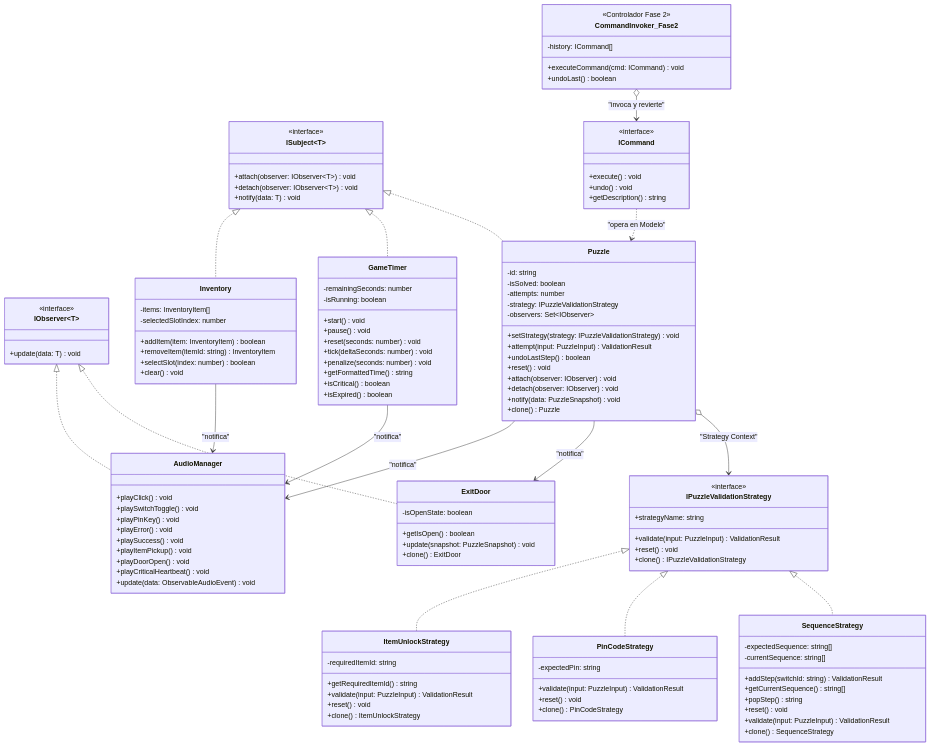
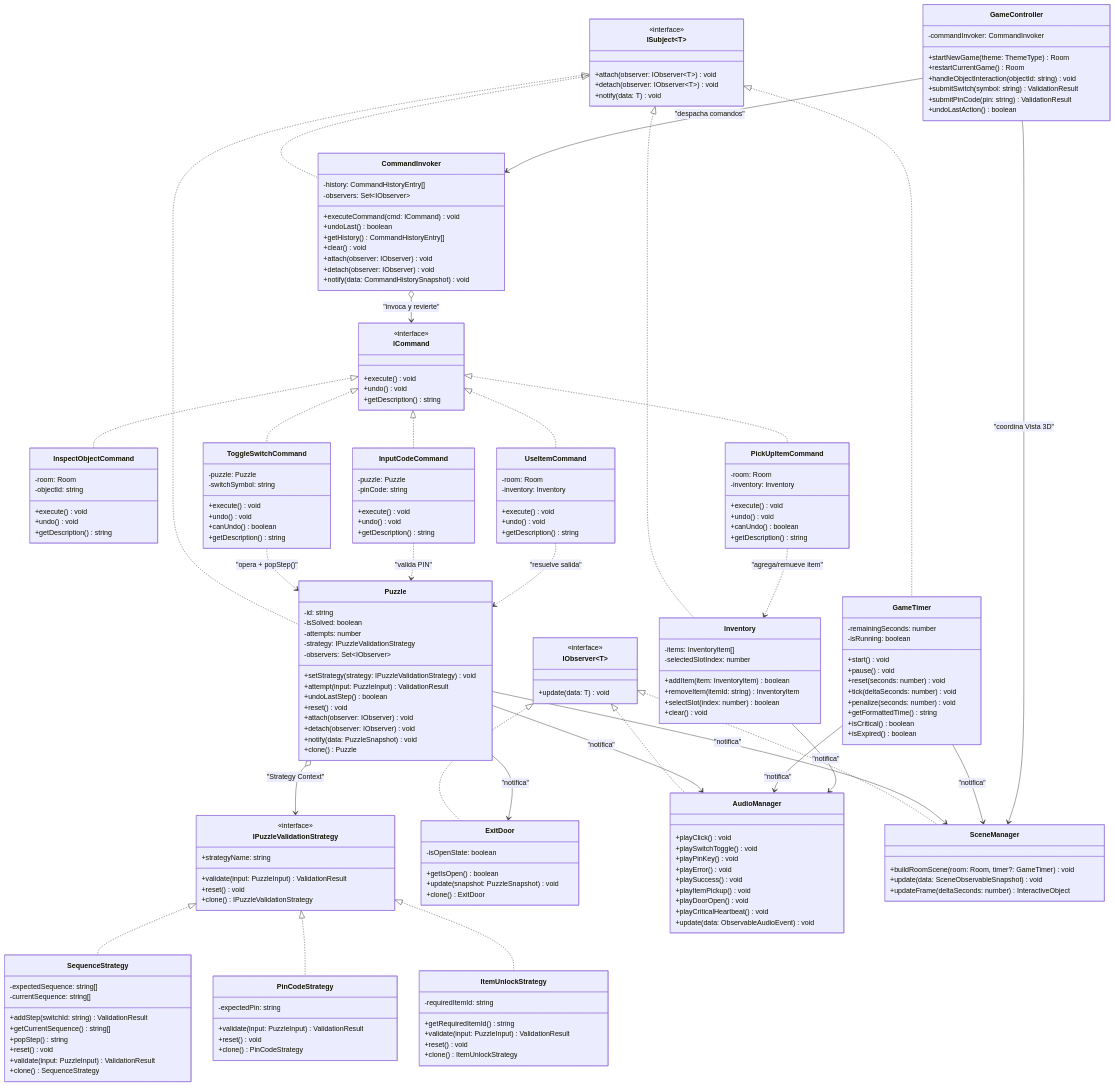
One commit to Pol-Codificador/escapate-3d-to changed the second of 3 diagrams in docs/ARCHITECTURE.md. Above: the diagram before and after it, drawn with Mermaid. The commit also changed other lines of this file and 19 other files, not shown here.

Commit message:
feat: implementar Fase 2 con Patron Command, Controlador MVC y escena 3D FPS en Three.js

````diff
--- a/docs/ARCHITECTURE.md
+++ b/docs/ARCHITECTURE.md
@@ -183,11 +183,74 @@
         +getDescription() string
     }
 
-    class CommandInvoker_Fase2 {
-        <<Controlador Fase 2>>
-        -history: ICommand[]
+    class CommandInvoker {
+        -history: CommandHistoryEntry[]
+        -observers: Set~IObserver~
         +executeCommand(cmd: ICommand) void
         +undoLast() boolean
+        +getHistory() CommandHistoryEntry[]
+        +clear() void
+        +attach(observer: IObserver) void
+        +detach(observer: IObserver) void
+        +notify(data: CommandHistorySnapshot) void
+    }
+
+    class InspectObjectCommand {
+        -room: Room
+        -objectId: string
+        +execute() void
+        +undo() void
+        +getDescription() string
+    }
+
+    class ToggleSwitchCommand {
+        -puzzle: Puzzle
+        -switchSymbol: string
+        +execute() void
+        +undo() void
+        +canUndo() boolean
+        +getDescription() string
+    }
+
+    class InputCodeCommand {
+        -puzzle: Puzzle
+        -pinCode: string
+        +execute() void
+        +undo() void
+        +getDescription() string
+    }
+
+    class PickUpItemCommand {
+        -room: Room
+        -inventory: Inventory
+        +execute() void
+        +undo() void
+        +canUndo() boolean
+        +getDescription() string
+    }
+
+    class UseItemCommand {
+        -room: Room
+        -inventory: Inventory
+        +execute() void
+        +undo() void
+        +getDescription() string
+    }
+
+    class GameController {
+        -commandInvoker: CommandInvoker
+        +startNewGame(theme: ThemeType) Room
+        +restartCurrentGame() Room
+        +handleObjectInteraction(objectId: string) void
+        +submitSwitch(symbol: string) ValidationResult
+        +submitPinCode(pin: string) ValidationResult
+        +undoLastAction() boolean
+    }
+
+    class SceneManager {
+        +buildRoomScene(room: Room, timer?: GameTimer) void
+        +update(data: SceneObservableSnapshot) void
+        +updateFrame(deltaSeconds: number) InteractiveObject
     }
 
     IPuzzleValidationStrategy <|.. SequenceStrategy
@@ -198,13 +261,27 @@
     ISubject <|.. Puzzle
     ISubject <|.. GameTimer
     ISubject <|.. Inventory
+    ISubject <|.. CommandInvoker
     IObserver <|.. ExitDoor
     IObserver <|.. AudioManager
+    IObserver <|.. SceneManager
     Puzzle --> ExitDoor : "notifica"
     Puzzle --> AudioManager : "notifica"
+    Puzzle --> SceneManager : "notifica"
     GameTimer --> AudioManager : "notifica"
+    GameTimer --> SceneManager : "notifica"
     Inventory --> AudioManager : "notifica"
 
-    CommandInvoker_Fase2 o--> ICommand : "invoca y revierte"
-    ICommand ..> Puzzle : "opera en Modelo"
+    ICommand <|.. InspectObjectCommand
+    ICommand <|.. ToggleSwitchCommand
+    ICommand <|.. InputCodeCommand
+    ICommand <|.. PickUpItemCommand
+    ICommand <|.. UseItemCommand
+    CommandInvoker o--> ICommand : "invoca y revierte"
+    GameController --> CommandInvoker : "despacha comandos"
+    GameController --> SceneManager : "coordina Vista 3D"
+    ToggleSwitchCommand ..> Puzzle : "opera + popStep()"
+    InputCodeCommand ..> Puzzle : "valida PIN"
+    PickUpItemCommand ..> Inventory : "agrega/remueve item"
+    UseItemCommand ..> Puzzle : "resuelve salida"
 ```
````
